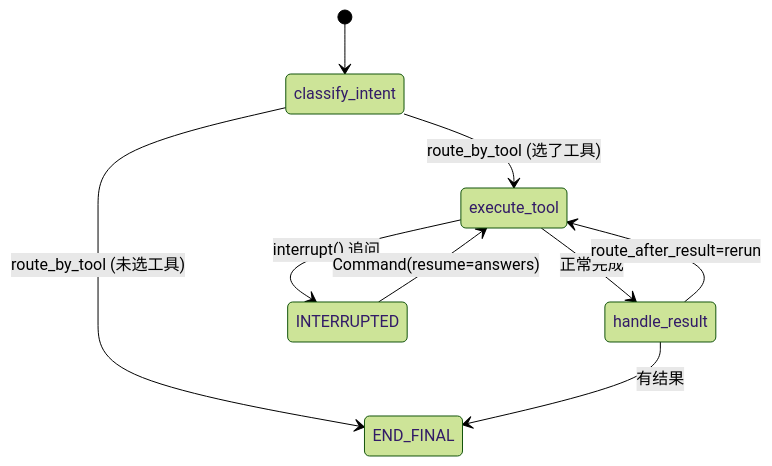
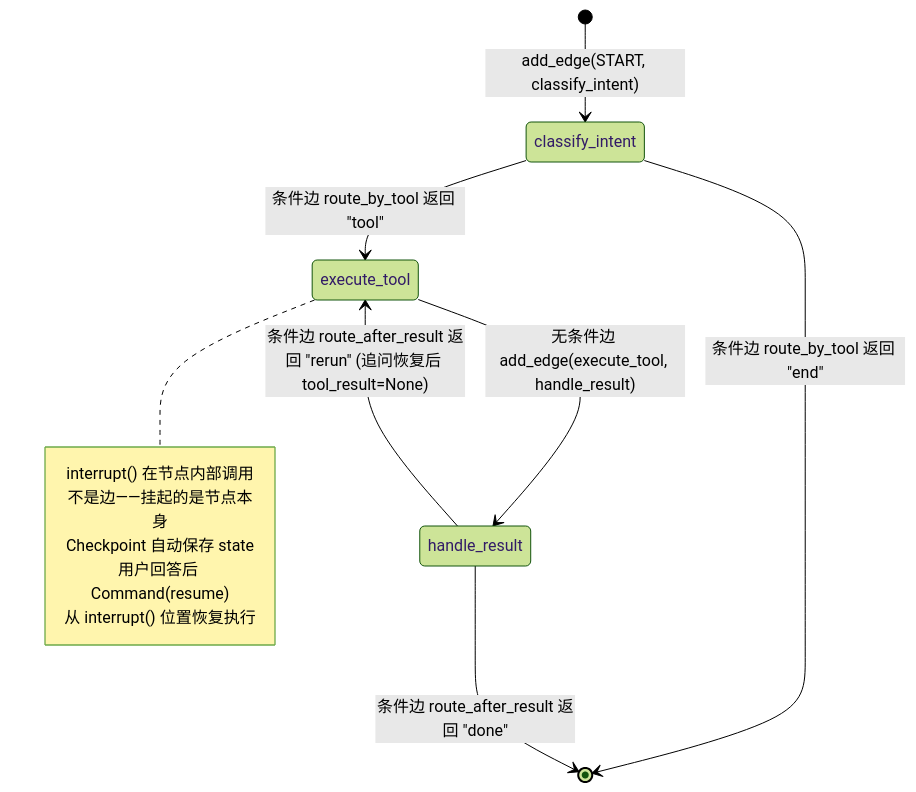
One commit to 996Code/llm-to-modeler changed the seventh of 15 diagrams in doc/系统架构与学习指南.md. Above: the diagram before and after it, drawn with Mermaid (forest theme). The commit also changed other lines of this file, not shown here.

First line of the commit message:
fix: 全面修正调用链断联 + 状态机图 + 行号 + 衔接说明

````diff
--- a/doc/系统架构与学习指南.md
+++ b/doc/系统架构与学习指南.md
@@ -172,15 +215,19 @@
 ```mermaid
 stateDiagram-v2
-    [*] --> classify_intent
+    [*] --> classify_intent: add_edge(START, classify_intent)
 
-    classify_intent --> execute_tool: route_by_tool (选了工具)
-    classify_intent --> END_FINAL: route_by_tool (未选工具)
+    classify_intent --> execute_tool: 条件边 route_by_tool 返回 "tool"
+    classify_intent --> [*]: 条件边 route_by_tool 返回 "end"
 
-    execute_tool --> handle_result: 正常完成
-    execute_tool --> INTERRUPTED: interrupt() 追问
+    execute_tool --> handle_result: 无条件边 add_edge(execute_tool, handle_result)
+    note right of execute_tool
+        interrupt() 在节点内部调用
+        不是边——挂起的是节点本身
+        Checkpoint 自动保存 state
+        用户回答后 Command(resume)
+        从 interrupt() 位置恢复执行
+    end note
 
-    INTERRUPTED --> execute_tool: Command(resume=answers)
-
-    handle_result --> END_FINAL: 有结果
-    handle_result --> execute_tool: route_after_result=rerun
+    handle_result --> execute_tool: 条件边 route_after_result 返回 "rerun" (追问恢复后 tool_result=None)
+    handle_result --> [*]: 条件边 route_after_result 返回 "done"
 ```
````
